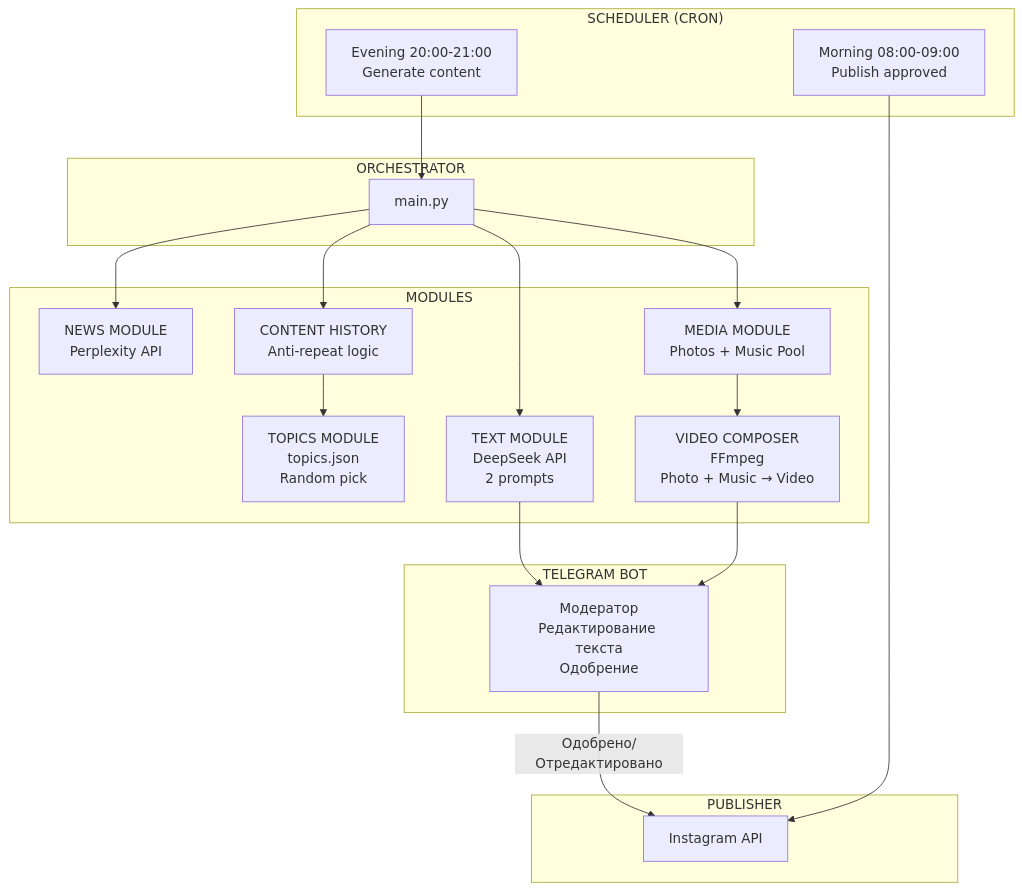
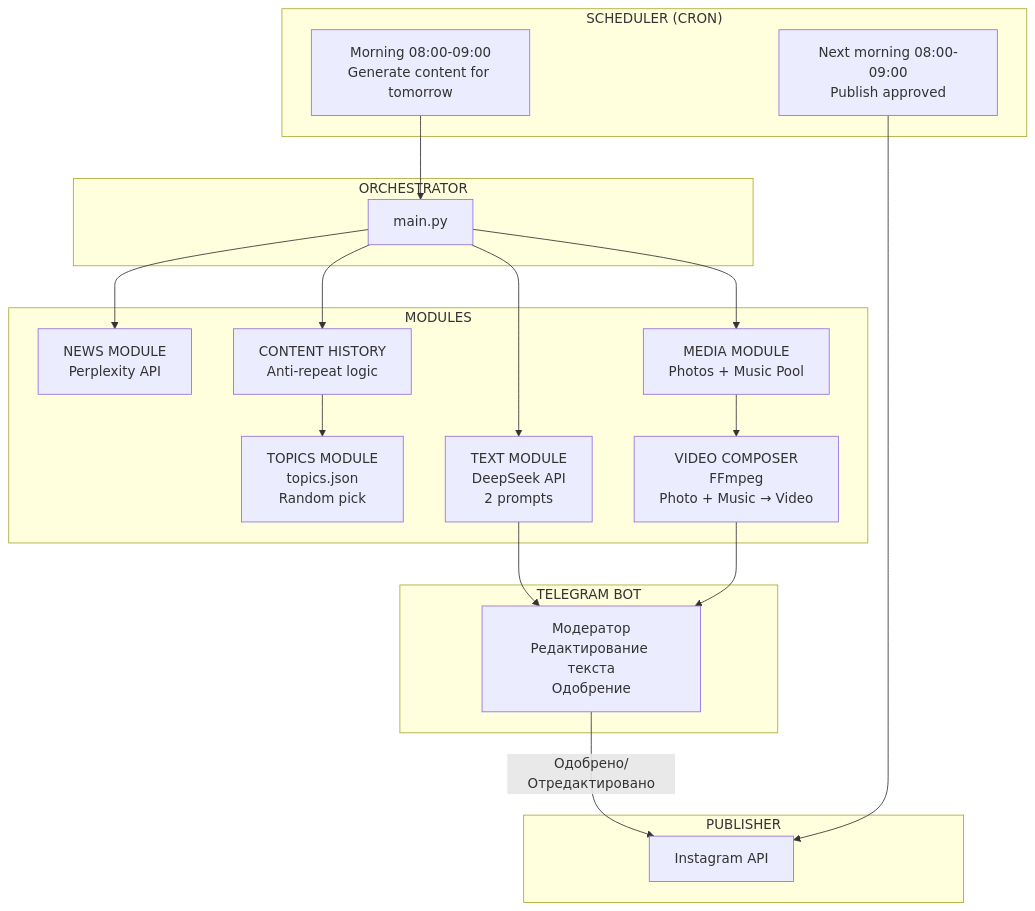
One commit to aozhuravlev/--TOURS-- changed the first of 4 diagrams in docs/PROJECT_PLAN.md. Above: the diagram before and after it, drawn with Mermaid. The commit also changed other lines of this file, not shown here.

First line of the commit message:
Update workflow: generate morning → 24h moderation → publish next morning

````diff
--- a/docs/PROJECT_PLAN.md
+++ b/docs/PROJECT_PLAN.md
@@ -16,40 +16,40 @@
 ```mermaid
 flowchart TB
     subgraph Scheduler["SCHEDULER (CRON)"]
-        S1[Evening 20:00-21:00<br/>Generate content]
-        S2[Morning 08:00-09:00<br/>Publish approved]
+        S1[Morning 08:00-09:00<br/>Generate content for tomorrow]
+        S2[Next morning 08:00-09:00<br/>Publish approved]
     end
 
     subgraph Orchestrator["ORCHESTRATOR"]
         O1[main.py]
     end
 
     subgraph Modules["MODULES"]
         M1[TOPICS MODULE<br/>topics.json<br/>Random pick]
         M2[NEWS MODULE<br/>Perplexity API]
         M3[TEXT MODULE<br/>DeepSeek API<br/>2 prompts]
         M4[MEDIA MODULE<br/>Photos + Music Pool]
         M5[VIDEO COMPOSER<br/>FFmpeg<br/>Photo + Music → Video]
         M6[CONTENT HISTORY<br/>Anti-repeat logic]
     end
 
     subgraph Review["TELEGRAM BOT"]
         R1[Модератор<br/>Редактирование текста<br/>Одобрение]
     end
 
     subgraph Publisher["PUBLISHER"]
         P1[Instagram API]
     end
 
     S1 --> O1
     O1 --> M6
     M6 --> M1
     O1 --> M2
     O1 --> M3
     O1 --> M4
     M4 --> M5
     M3 --> R1
     M5 --> R1
     R1 -->|Одобрено/Отредактировано| P1
     S2 --> P1
 ```
````
